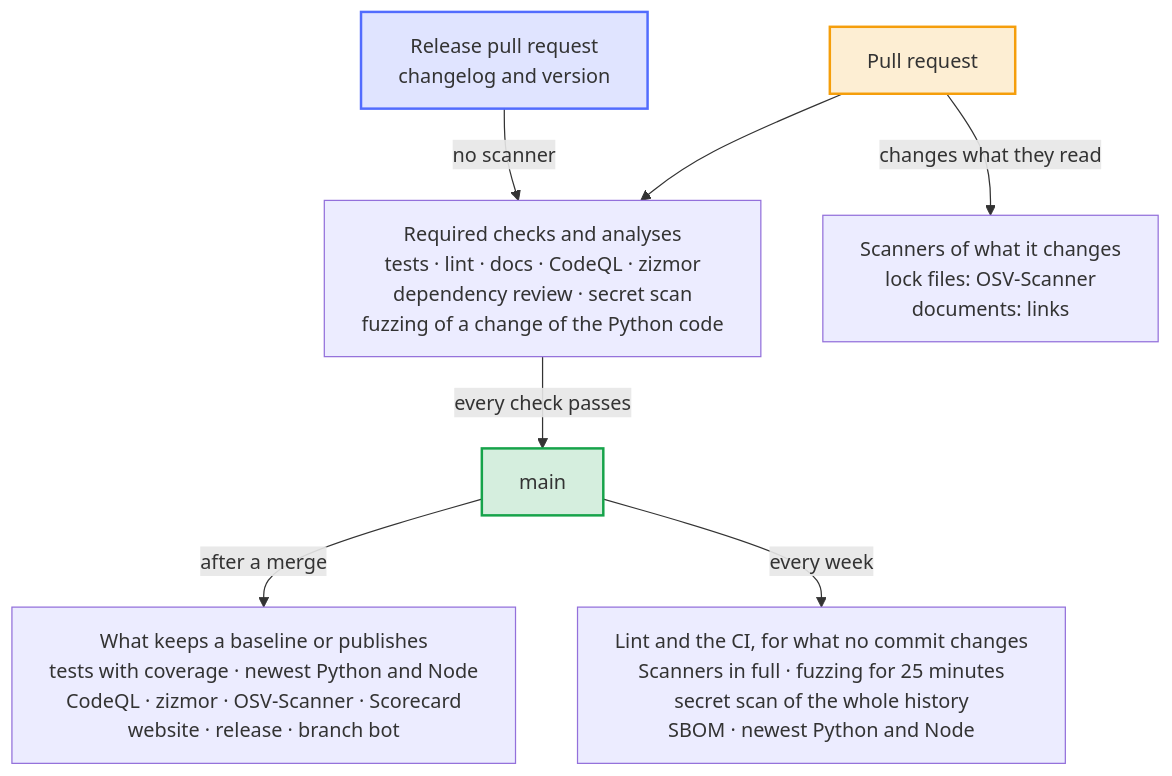
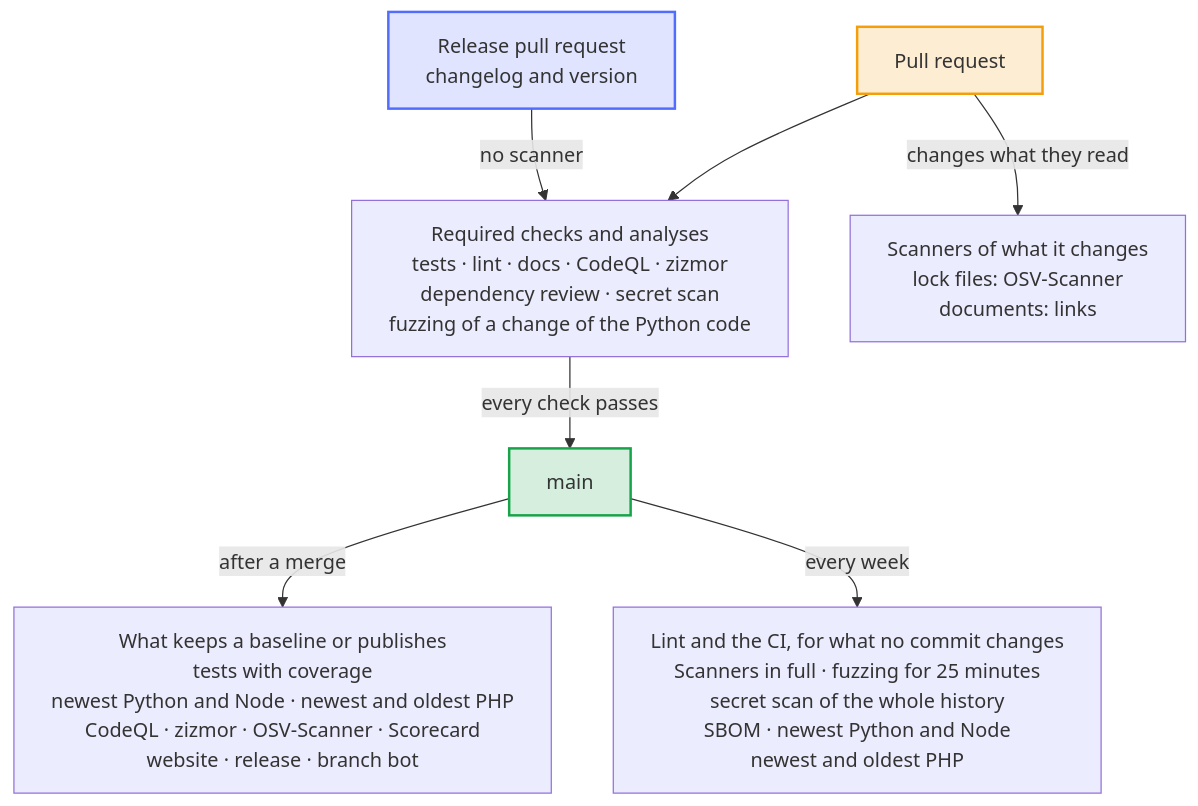
The diagram in docs/diagrams/when-the-checks-run.mmd (Dennis-Otto/repo-blueprint), drawn with Mermaid before and after one commit. The commit also changed 27 other files, not shown here.

```diff
--- a/docs/diagrams/when-the-checks-run.mmd
+++ b/docs/diagrams/when-the-checks-run.mmd
@@ -1,30 +1,30 @@
 ---
 config:
   flowchart:
     wrappingWidth: 400
 ---
 flowchart TB
     accTitle: When the checks run
-    accDescr: Every pull request runs the required checks, among them the fuzzing, which fuzzes only a change of the Python code, its targets or its tools, and zizmor, whose analysis the rules of main wait for, and the scanners of what it changes: OSV-Scanner for a lock file and the link check for a document. The release pull request, which changes only the changelog and the version, runs the required checks and zizmor without the scanners. After a merge, main runs only what keeps a baseline or publishes. Every week, main runs Lint and the CI, for what no commit changes, the scanners in full, the secret scan of the whole history, the SBOM and the newest Python and Node.
+    accDescr: Every pull request runs the required checks, among them the fuzzing, which fuzzes only a change of the Python code, its targets or its tools, and zizmor, whose analysis the rules of main wait for, and the scanners of what it changes: OSV-Scanner for a lock file and the link check for a document. The release pull request, which changes only the changelog and the version, runs the required checks and zizmor without the scanners. After a merge, main runs only what keeps a baseline or publishes. Every week, main runs Lint and the CI, for what no commit changes, the scanners in full, the secret scan of the whole history, the SBOM, the newest Python and Node, and the newest and the oldest PHP.
 
     pr["Pull request"]
     rpr["Release pull request<br>changelog and version"]
     required["Required checks and analyses<br>tests · lint · docs · CodeQL · zizmor<br>dependency review · secret scan<br>fuzzing of a change of the Python code"]
     scanners["Scanners of what it changes<br>lock files: OSV-Scanner<br>documents: links"]
     main["main"]
-    baseline["What keeps a baseline or publishes<br>tests with coverage · newest Python and Node<br>CodeQL · zizmor · OSV-Scanner · Scorecard<br>website · release · branch bot"]
-    weekly["Lint and the CI, for what no commit changes<br>Scanners in full · fuzzing for 25 minutes<br>secret scan of the whole history<br>SBOM · newest Python and Node"]
+    baseline["What keeps a baseline or publishes<br>tests with coverage<br>newest Python and Node · newest and oldest PHP<br>CodeQL · zizmor · OSV-Scanner · Scorecard<br>website · release · branch bot"]
+    weekly["Lint and the CI, for what no commit changes<br>Scanners in full · fuzzing for 25 minutes<br>secret scan of the whole history<br>SBOM · newest Python and Node<br>newest and oldest PHP"]
 
     pr --> required
     pr -- "changes what they read" --> scanners
     rpr -- "no scanner" --> required
     required -- "every check passes" --> main
     main -- "after a merge" --> baseline
     main -- "every week" --> weekly
 
     classDef bot fill:#526cfe2e,stroke:#526cfe,stroke-width:2px
     classDef person fill:#f59e0b2e,stroke:#f59e0b,stroke-width:2px
     classDef done fill:#16a34a2e,stroke:#16a34a,stroke-width:2px
     class pr person
     class rpr bot
     class main done
```
